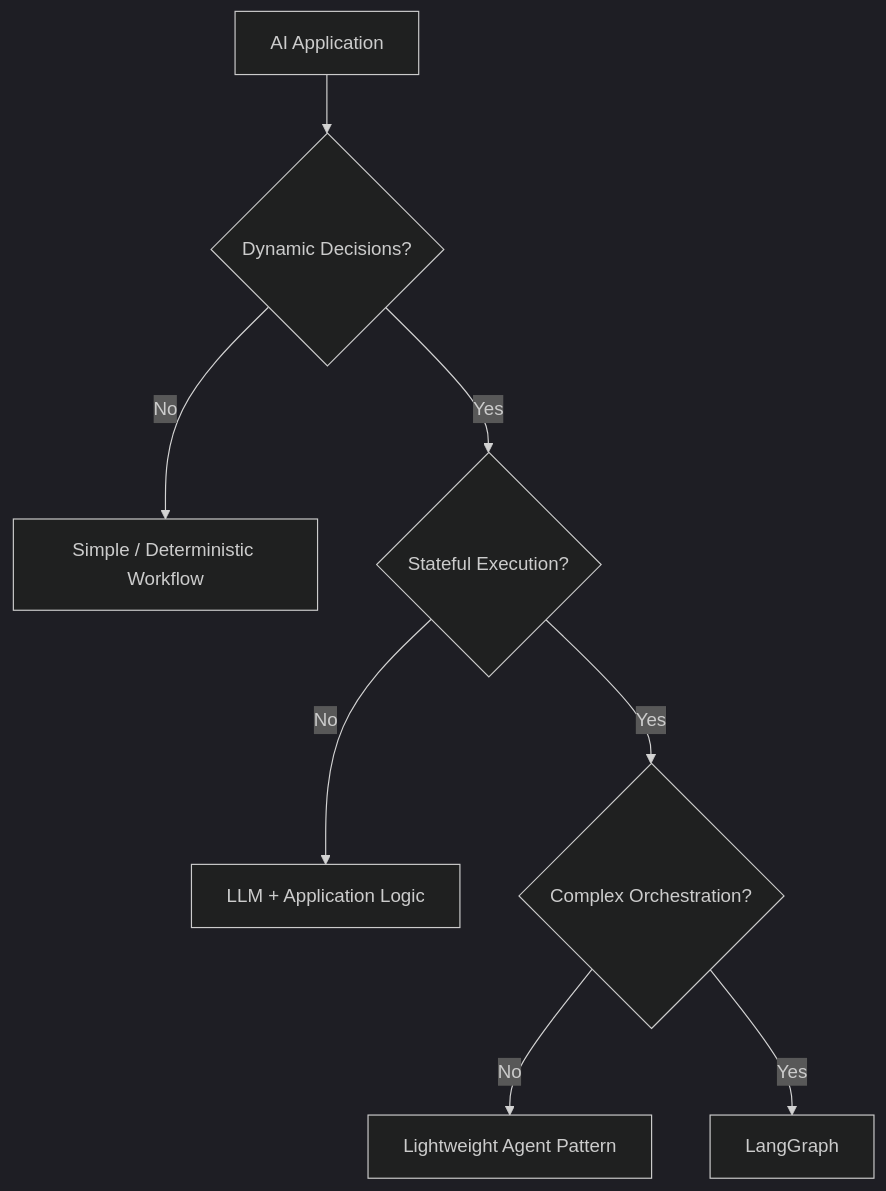
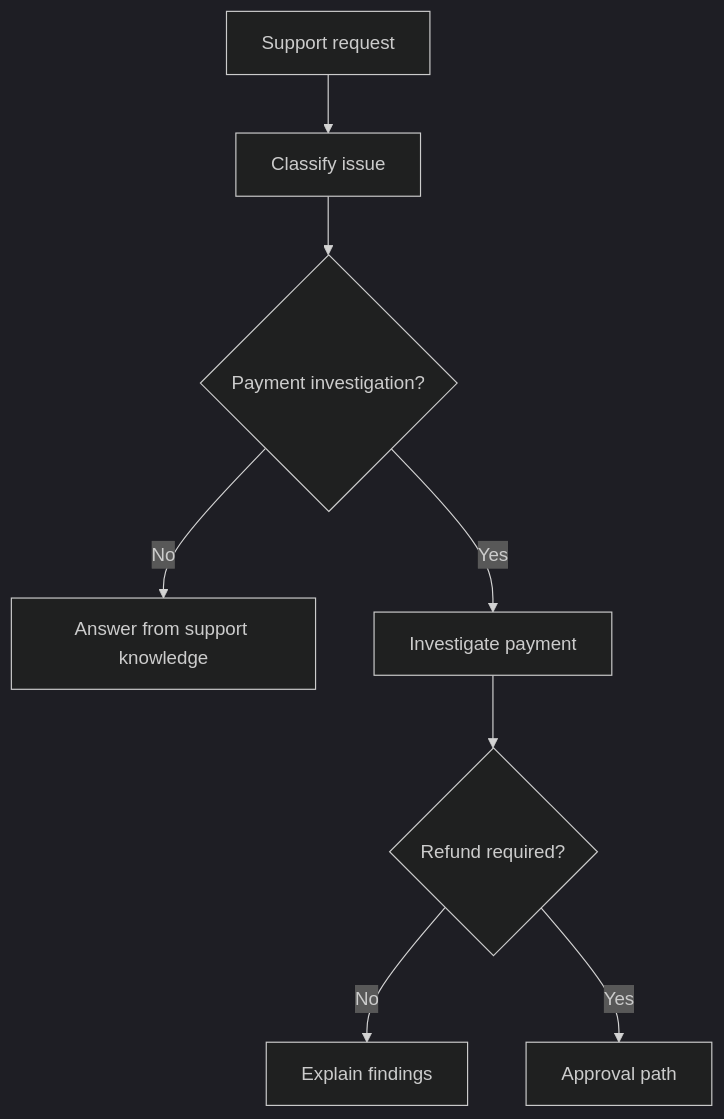
Before and after one commit to MihirKJha/enterprise-ai-engineering-handbook: the second of 5 diagrams in docs/08-ai-engineering-frameworks/langgraph/26-langgraph-limitations-and-tradeoffs.md, drawn with Mermaid (dark theme). The commit also changed other lines of this file and 10 other files, not shown here.

````diff
--- a/docs/08-ai-engineering-frameworks/langgraph/26-langgraph-limitations-and-tradeoffs.md
+++ b/docs/08-ai-engineering-frameworks/langgraph/26-langgraph-limitations-and-tradeoffs.md
@@ -1371,17 +79,10 @@
 ```mermaid
 flowchart TD
-
-    A[AI Application] --> B{Dynamic Decisions?}
-
-    B -->|No| C[Simple / Deterministic Workflow]
-
-    B -->|Yes| D{Stateful Execution?}
-
-    D -->|No| E[LLM + Application Logic]
-
-    D -->|Yes| F{Complex Orchestration?}
-
-    F -->|No| G[Lightweight Agent Pattern]
-
-    F -->|Yes| H[LangGraph]
+    A[Support request] --> B[Classify issue]
+    B --> C{Payment investigation?}
+    C -->|No| D[Answer from support knowledge]
+    C -->|Yes| E[Investigate payment]
+    E --> F{Refund required?}
+    F -->|No| G[Explain findings]
+    F -->|Yes| H[Approval path]
 ```
````
